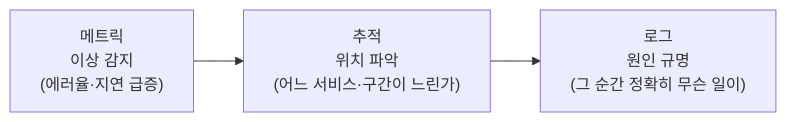
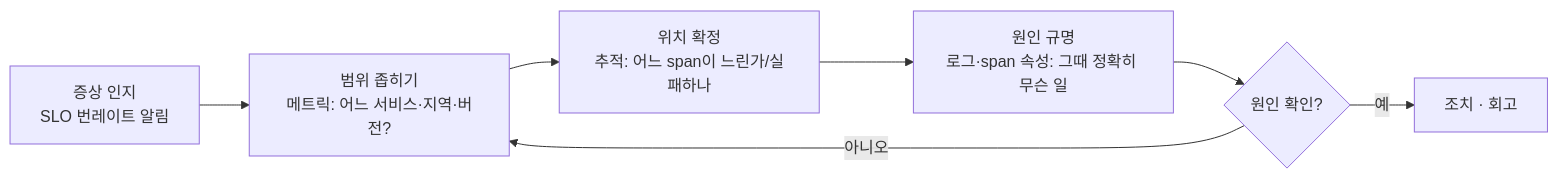
The fifth of 5 diagrams in blog/src/posts/observability-three-pillars.md (kahnco/kahnco_page), drawn with Mermaid before and after one commit. The commit also changed other lines of this file, not shown here.

````diff
--- a/blog/src/posts/observability-three-pillars.md
+++ b/blog/src/posts/observability-three-pillars.md
@@ -49,5 +465,9 @@
 ```mermaid
 flowchart LR
-    M["메트릭<br/>이상 감지<br/>(에러율·지연 급증)"] --> T["추적<br/>위치 파악<br/>(어느 서비스·구간이 느린가)"]
-    T --> L["로그<br/>원인 규명<br/>(그 순간 정확히 무슨 일이)"]
+    A["증상 인지<br/>SLO 번레이트 알림"] --> B["범위 좁히기<br/>메트릭: 어느 서비스·지역·버전?"]
+    B --> C["위치 확정<br/>추적: 어느 span이 느린가/실패하나"]
+    C --> D["원인 규명<br/>로그·span 속성: 그때 정확히 무슨 일"]
+    D --> E{"원인 확인?"}
+    E -->|"아니오"| B
+    E -->|"예"| F["조치 · 회고"]
 ```
````
